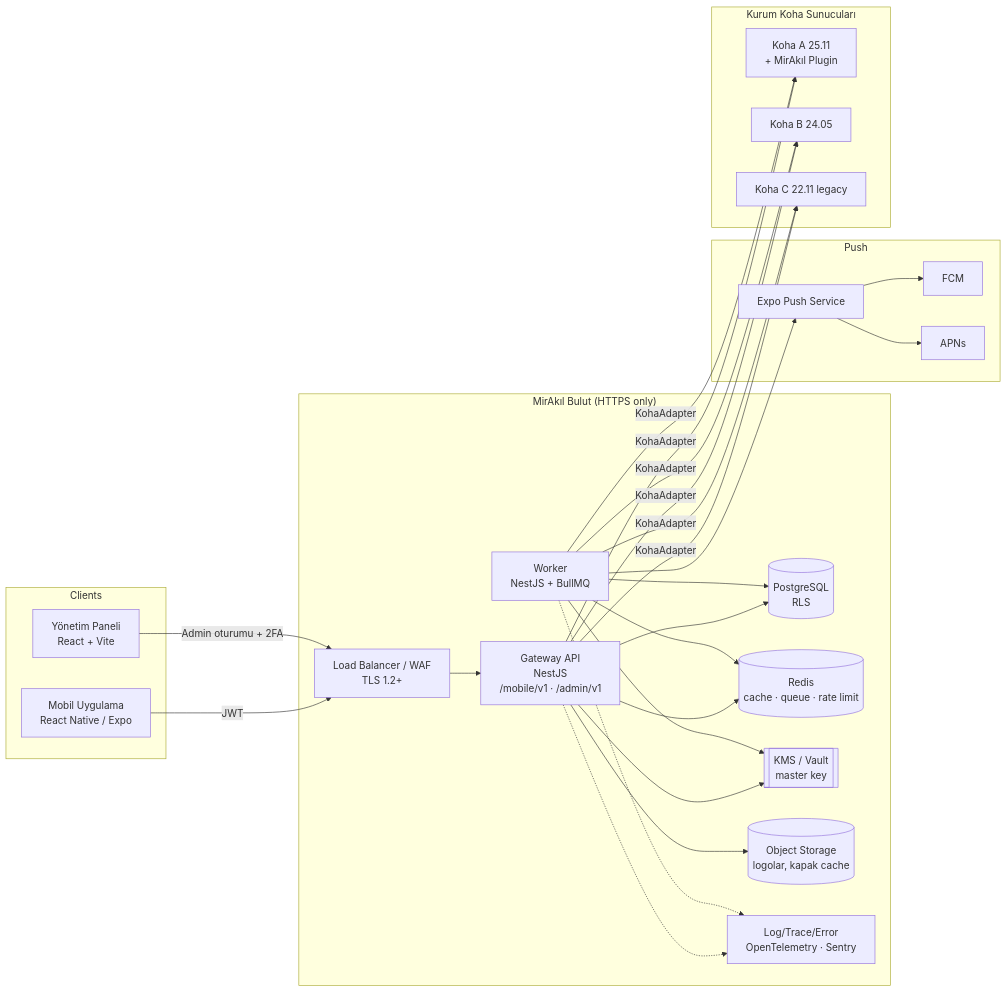
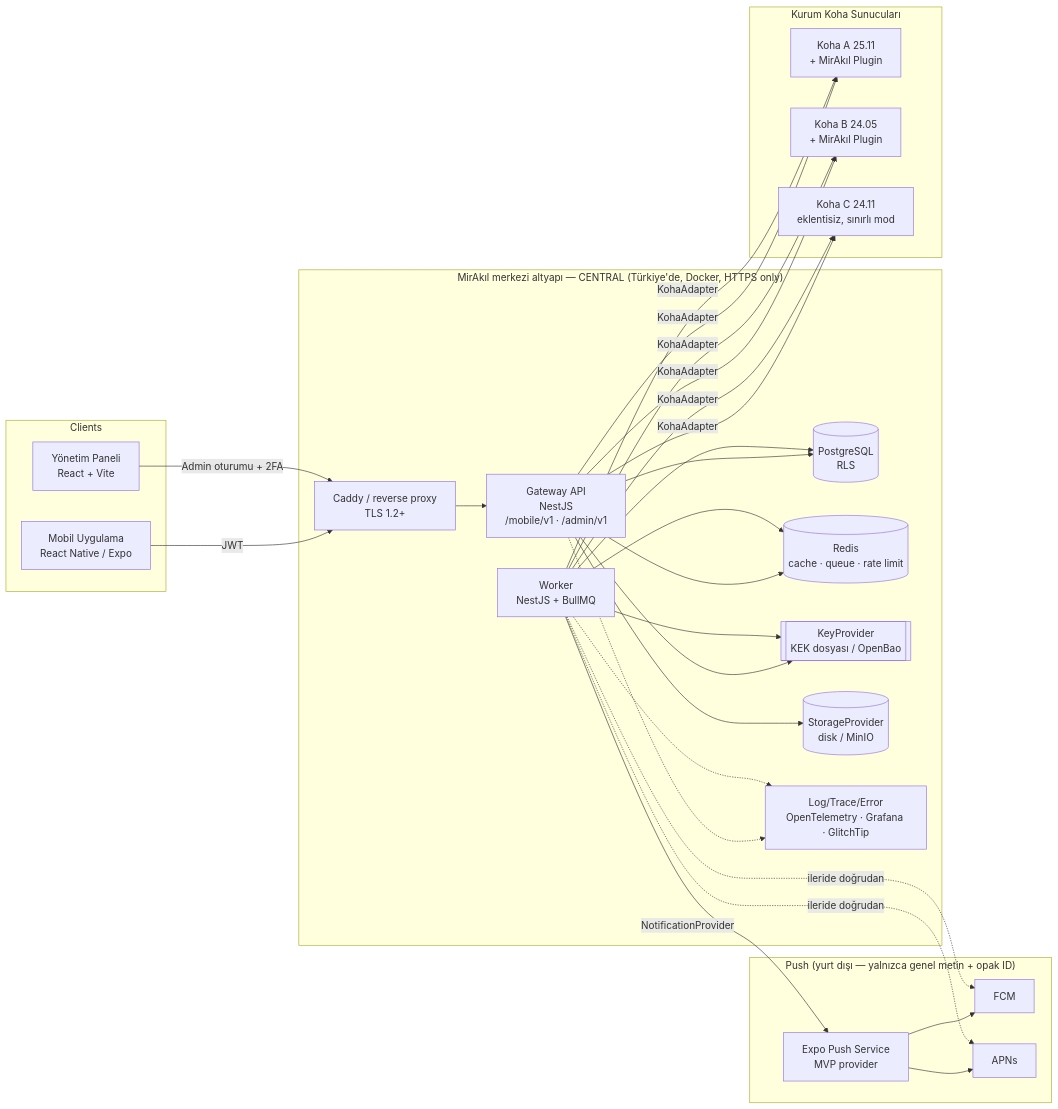
One commit to mehmetfatruk/kohamobil changed the first of 2 diagrams in docs/ARCHITECTURE.md. Above: the diagram before and after it, drawn with Mermaid. The commit also changed other lines of this file and 9 other files, not shown here.

First line of the commit message:
docs: apply approved decisions (plugin, Koha 24.05+, Prisma, NotificationProvider, branding, provider-neutral hosting)

````diff
--- a/docs/ARCHITECTURE.md
+++ b/docs/ARCHITECTURE.md
@@ -92,50 +97,51 @@
 ```mermaid
 flowchart LR
   subgraph Clients
     M[Mobil Uygulama<br/>React Native / Expo]
     A[Yönetim Paneli<br/>React + Vite]
   end
 
-  subgraph MirAkil["MirAkıl Bulut (HTTPS only)"]
-    LB[Load Balancer / WAF<br/>TLS 1.2+]
+  subgraph MirAkil["MirAkıl merkezi altyapı — CENTRAL (Türkiye'de, Docker, HTTPS only)"]
+    LB[Caddy / reverse proxy<br/>TLS 1.2+]
     GW[Gateway API<br/>NestJS<br/>/mobile/v1 · /admin/v1]
     WK[Worker<br/>NestJS + BullMQ]
     PG[(PostgreSQL<br/>RLS)]
     RD[(Redis<br/>cache · queue · rate limit)]
-    KMS[[KMS / Vault<br/>master key]]
-    OBJ[(Object Storage<br/>logolar, kapak cache)]
-    OBS[Log/Trace/Error<br/>OpenTelemetry · Sentry]
+    KMS[[KeyProvider<br/>KEK dosyası / OpenBao]]
+    OBJ[(StorageProvider<br/>disk / MinIO)]
+    OBS[Log/Trace/Error<br/>OpenTelemetry · Grafana · GlitchTip]
   end
 
-  subgraph Push
-    EXPO[Expo Push Service]
+  subgraph Push["Push (yurt dışı — yalnızca genel metin + opak ID)"]
+    EXPO[Expo Push Service<br/>MVP provider]
     FCM[FCM]
     APNS[APNs]
   end
 
   subgraph Tenants["Kurum Koha Sunucuları"]
     K1[Koha A 25.11<br/>+ MirAkıl Plugin]
-    K2[Koha B 24.05]
-    K3[Koha C 22.11 legacy]
+    K2[Koha B 24.05<br/>+ MirAkıl Plugin]
+    K3[Koha C 24.11<br/>eklentisiz, sınırlı mod]
   end
 
   M -->|JWT| LB
   A -->|Admin oturumu + 2FA| LB
   LB --> GW
   GW --> PG
   GW --> RD
   GW --> KMS
   GW --> OBJ
   WK --> PG
   WK --> RD
   WK --> KMS
   GW -->|KohaAdapter| K1
   GW -->|KohaAdapter| K2
   GW -->|KohaAdapter| K3
   WK -->|KohaAdapter| K1
   WK -->|KohaAdapter| K2
   WK -->|KohaAdapter| K3
-  WK --> EXPO --> FCM & APNS
+  WK -->|NotificationProvider| EXPO --> FCM & APNS
+  WK -.->|ileride doğrudan| FCM & APNS
   GW -.-> OBS
   WK -.-> OBS
 ```
````
